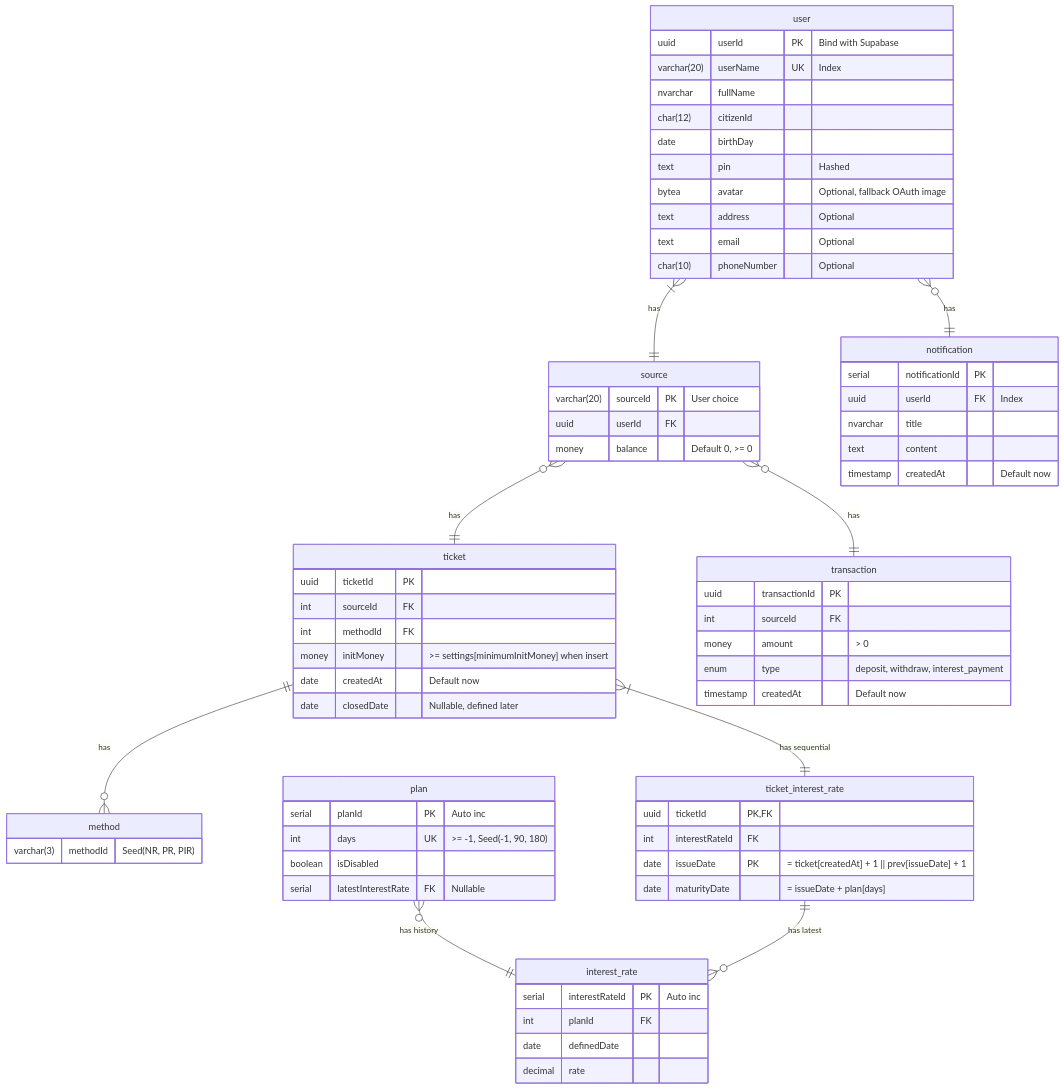
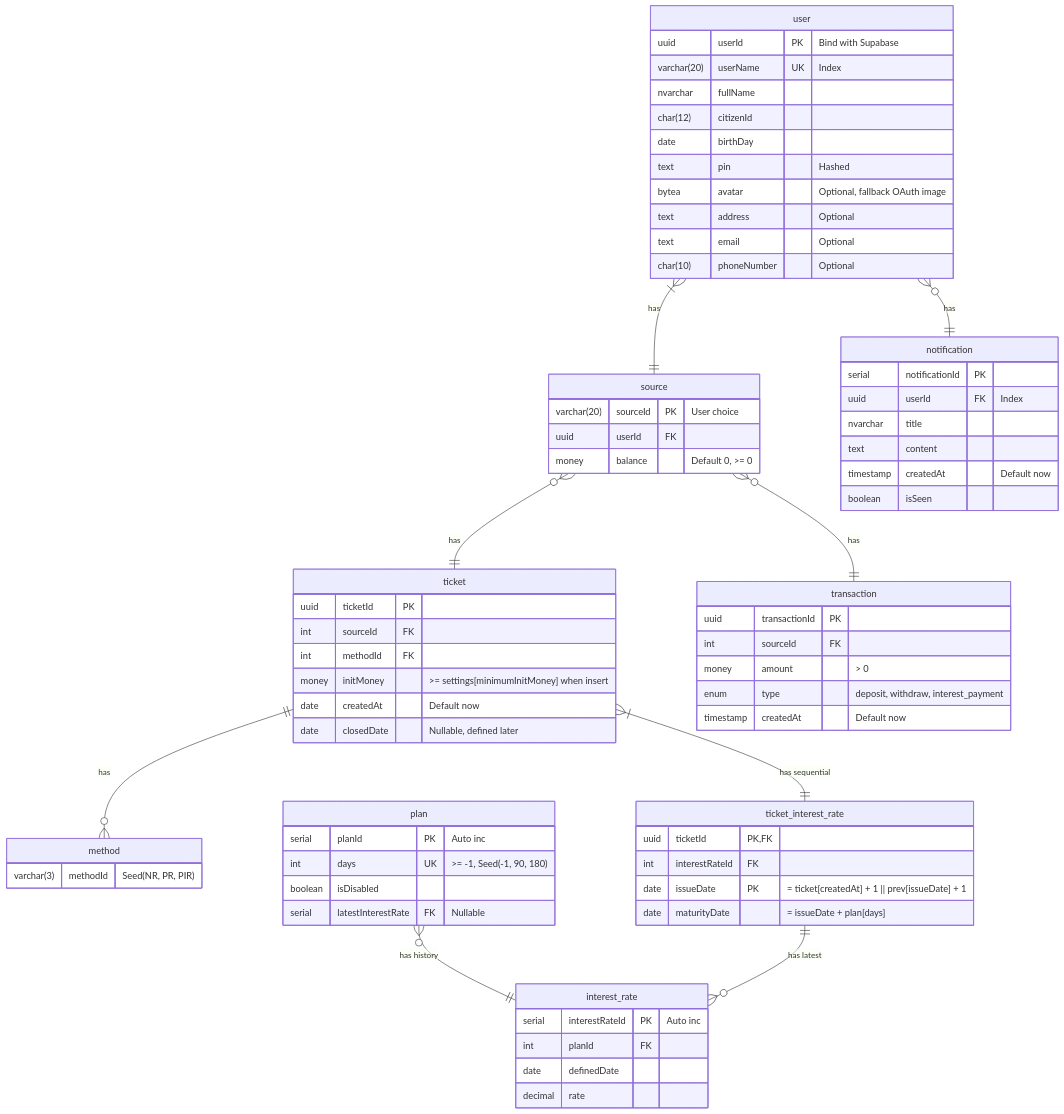
The first of 2 diagrams in docs/architecture/database.md (coinhub-uit/coinhub-uit.github.io), drawn with Mermaid before and after one commit.

Commit message:
chore: add isSeen prop for Notification

```diff
--- a/docs/architecture/database.md
+++ b/docs/architecture/database.md
@@ -82,6 +82,7 @@
     nvarchar title
     text content
     timestamp createdAt "Default now"
+    boolean isSeen
   }
 
   source }o--|| transaction : "has"
```
